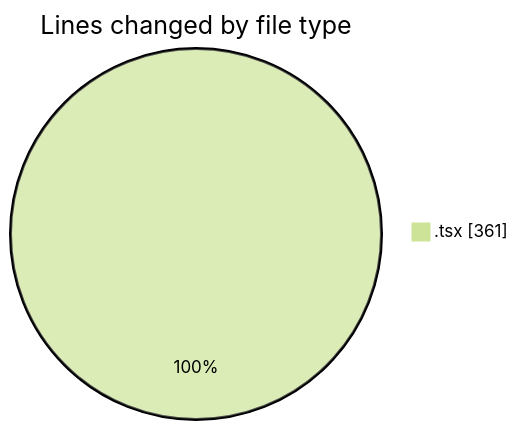
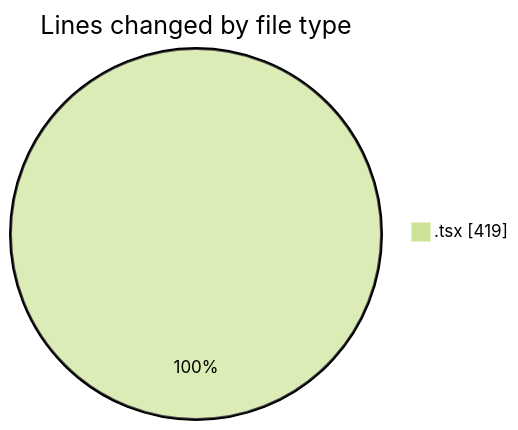
The first of 2 diagrams in 2025-11-26/cda/README.md (momahboobian/code-tracking), drawn with Mermaid (forest theme) before and after one commit. The commit also changed other lines of this file and 1 other file, not shown here.

````diff
--- a/2025-11-26/cda/README.md
+++ b/2025-11-26/cda/README.md
@@ -20,5 +20,5 @@
 ```mermaid
 pie showData
 title Lines changed by file type
-".tsx" : 361
+".tsx" : 419
 ```
````
